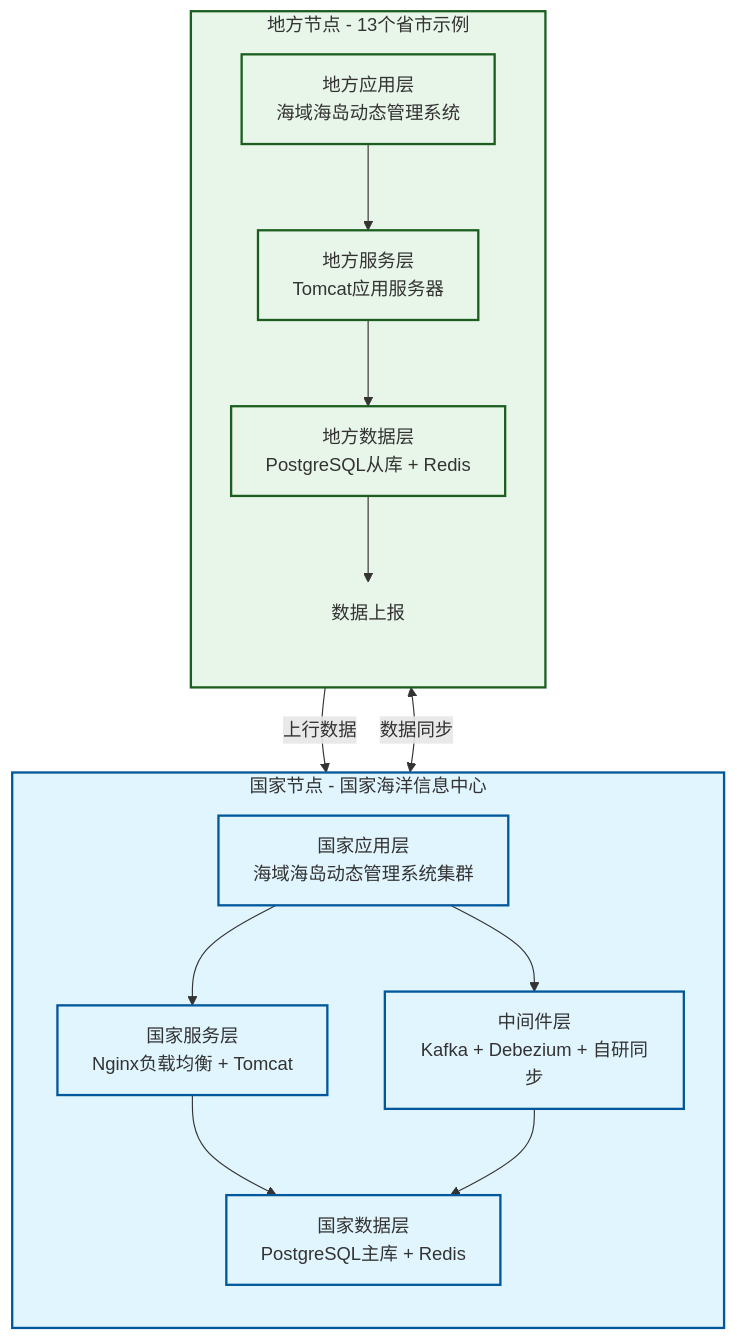
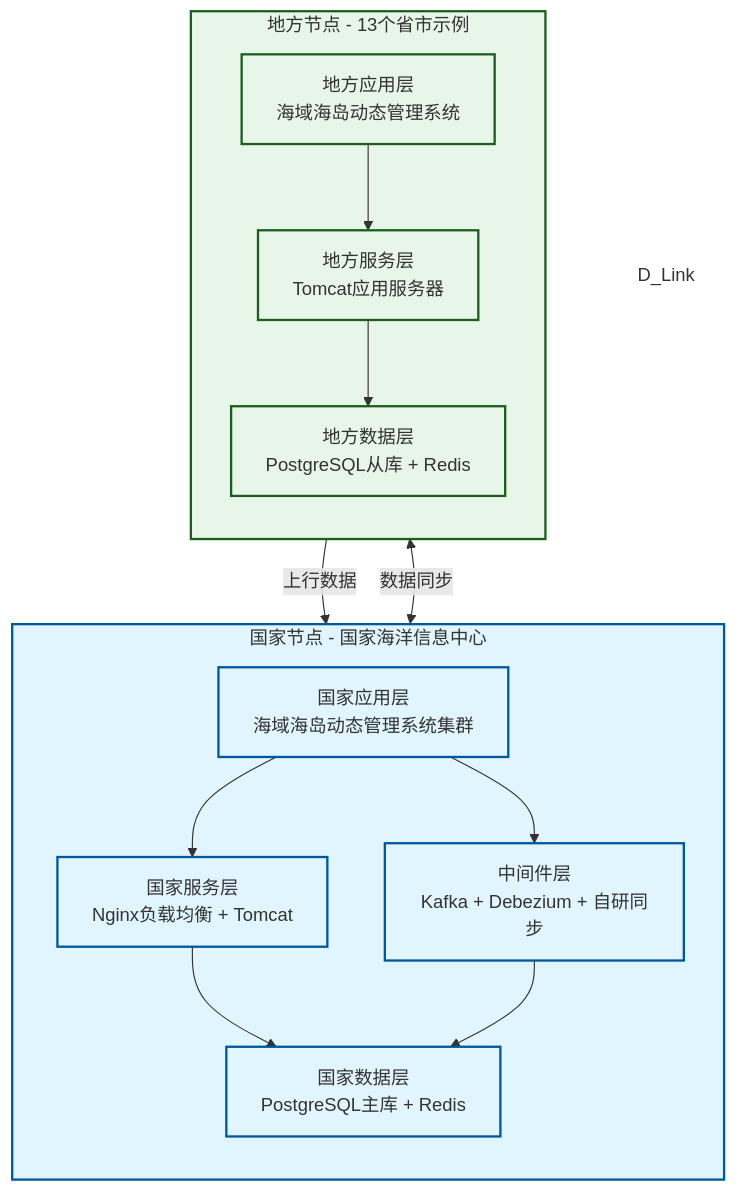
The diagram in all/未命名-1.md (MyJohn2/iodraw-files), drawn with Mermaid before and after one commit.

Commit message:
2026-03-03 15:05:41 update

````diff
--- a/all/未命名-1.md
+++ b/all/未命名-1.md
@@ -1,48 +1,47 @@
 ```mermaid
 flowchart TD
     %% 定义样式
     classDef nation fill:#e1f5fe,stroke:#01579b,stroke-width:2px;
     classDef network fill:#fff3e0,stroke:#e65100,stroke-width:2px,stroke-dasharray: 5 5;
     classDef local fill:#e8f5e9,stroke:#1b5e20,stroke-width:2px;
 
     subgraph NationNode [国家节点 - 国家海洋信息中心]
         direction TB
         A[国家应用层<br/>海域海岛动态管理系统集群]
         B[国家服务层<br/>Nginx负载均衡 + Tomcat]
         C[国家数据层<br/>PostgreSQL主库 + Redis]
         D[中间件层<br/>Kafka + Debezium + 自研同步]
         
         A --> B
         B --> C
         A --> D
         D --> C
     end
     
 
     
     subgraph LocalNode [地方节点 - 13个省市示例]
         direction TB
         F[地方应用层<br/>海域海岛动态管理系统]
         G[地方服务层<br/>Tomcat应用服务器]
         H[地方数据层<br/>PostgreSQL从库 + Redis]
         
         F --> G
         G --> H
-        H --> D_Link[数据上报]
     end
 
     %% 跨子图连接 (连接具体节点而非子图名称)
     D <-->|数据同步 | H
     H -->|上行数据 | D
 
     %% 应用样式
     class NationNode,A,B,C,D nation;
     class SecureNet,E network;
     class LocalNode,F,G,H local;
     
     %% 隐藏用于逻辑连接的辅助节点样式
     style D_Link fill:none,stroke:none;
 
 
 
 ```
````
